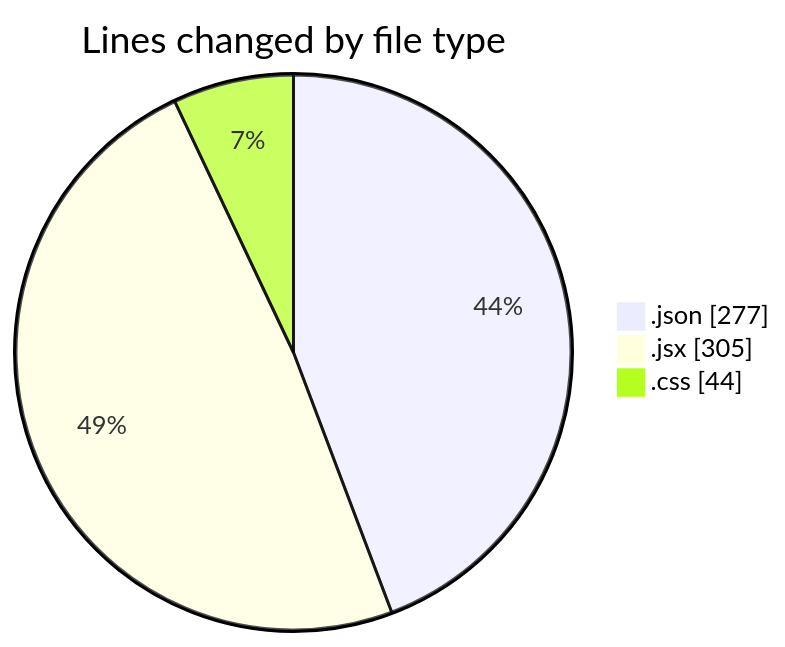
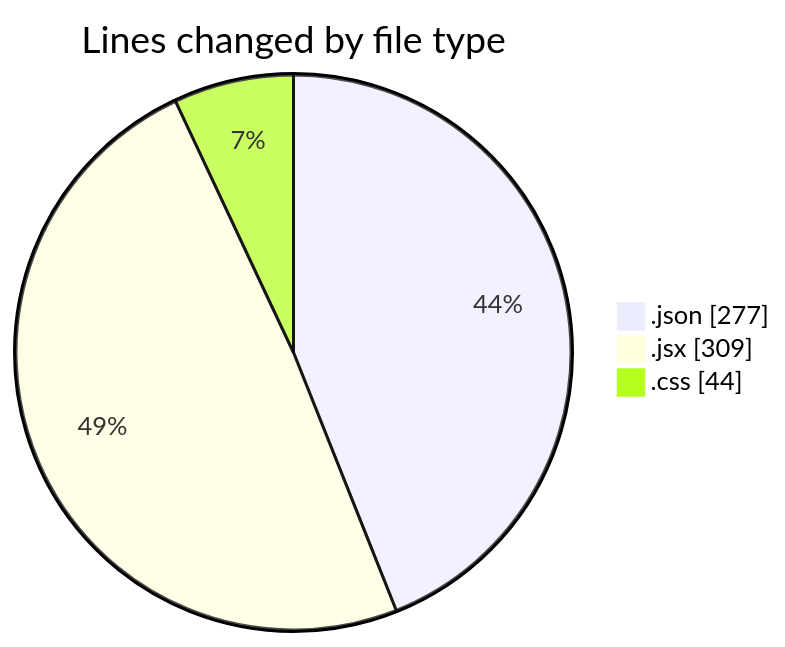
Before and after one commit to Elitesun/code-tracking: the first of 2 diagrams in 2025-02-11/react_ecom/README.md, drawn with Mermaid. The commit also changed other lines of this file and 1 other file, not shown here.

````diff
--- a/2025-02-11/react_ecom/README.md
+++ b/2025-02-11/react_ecom/README.md
@@ -28,7 +28,7 @@
 ```mermaid
 pie showData
 title Lines changed by file type
 ".json" : 277
-".jsx" : 305
+".jsx" : 309
 ".css" : 44
 ```
````
